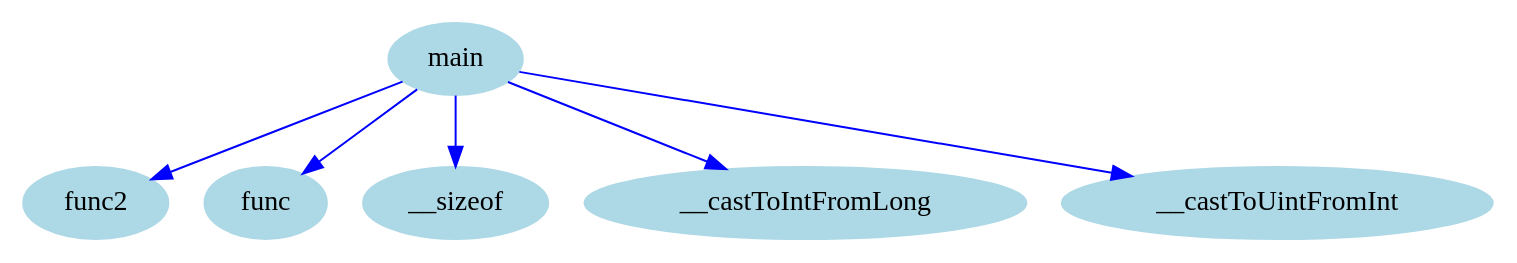
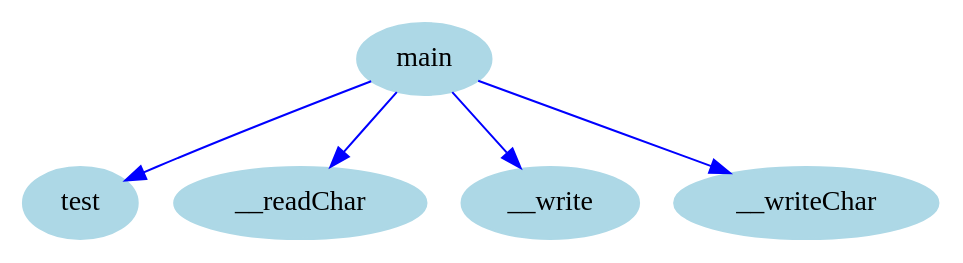
The diagram in outputs/cfg/cg.dot (zavar152-cv/myLang-oop-compiler), drawn with Graphviz before and after one commit. The commit also changed 26 other files, not shown here.

```diff
--- a/outputs/cfg/cg.dot
+++ b/outputs/cfg/cg.dot
@@ -1,16 +1,14 @@
 digraph CallGraph {
     node [shape=ellipse, style=filled, color=lightblue];
 
-    "func2";
-    "func";
-    "__sizeof";
-    "__castToIntFromLong";
-    "__castToUintFromInt";
+    "test";
+    "__readChar";
+    "__write";
+    "__writeChar";
     "main";
 
-    "main" -> "func2" [color=blue];
-    "main" -> "func" [color=blue];
-    "main" -> "__sizeof" [color=blue];
-    "main" -> "__castToIntFromLong" [color=blue];
-    "main" -> "__castToUintFromInt" [color=blue];
+    "main" -> "test" [color=blue];
+    "main" -> "__readChar" [color=blue];
+    "main" -> "__write" [color=blue];
+    "main" -> "__writeChar" [color=blue];
 }
```
